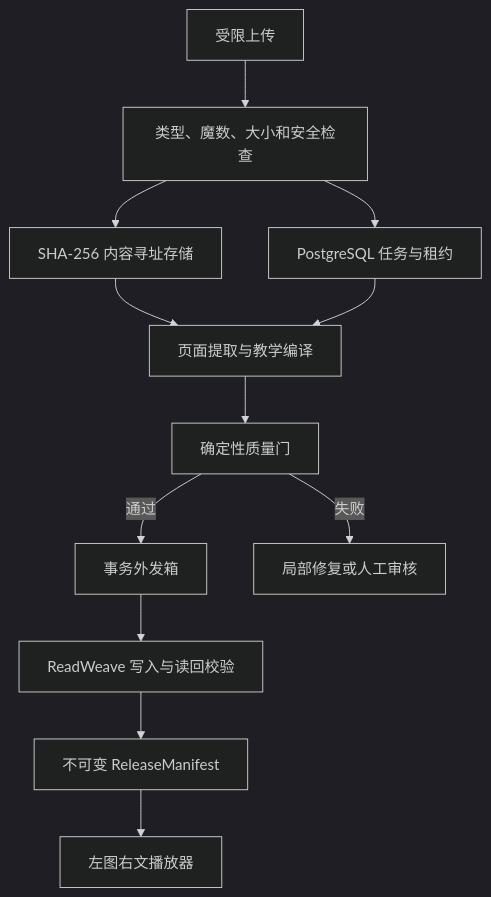
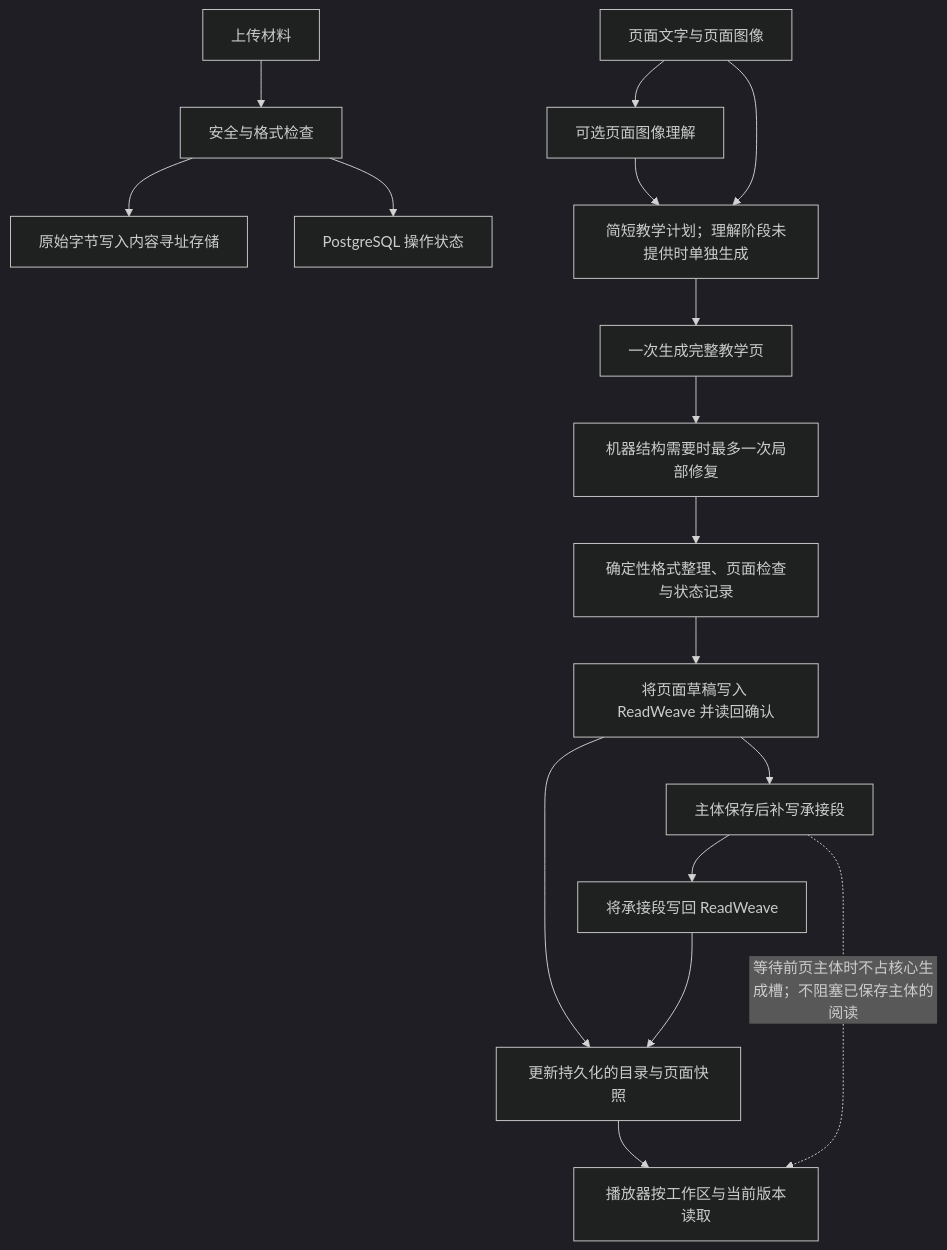
Before and after one commit to AIALRA-0/AIALRA-COURSE-OS: the diagram in docs/architecture.md, drawn with Mermaid (dark theme). The commit also changed other lines of this file and 25 other files, not shown here.

````diff
--- a/docs/architecture.md
+++ b/docs/architecture.md
@@ -11,14 +13,21 @@
 ```mermaid
 flowchart TD
-    Upload[受限上传] --> Inspect[类型、魔数、大小和安全检查]
-    Inspect --> CAS[SHA-256 内容寻址存储]
-    Inspect --> Job[PostgreSQL 任务与租约]
-    CAS --> Compile[页面提取与教学编译]
-    Job --> Compile
-    Compile --> Quality[确定性质量门]
-    Quality -->|通过| Outbox[事务外发箱]
-    Quality -->|失败| Review[局部修复或人工审核]
-    Outbox --> ReadWeave[ReadWeave 写入与读回校验]
-    ReadWeave --> Manifest[不可变 ReleaseManifest]
-    Manifest --> Player[左图右文播放器]
+    Upload[上传材料] --> Inspect[安全与格式检查]
+    Inspect --> Bytes[原始字节写入内容寻址存储]
+    Inspect --> Ops[PostgreSQL 操作状态]
+
+    Source[页面文字与页面图像] --> Understand[可选页面图像理解]
+    Understand --> Plan[简短教学计划；理解阶段未提供时单独生成]
+    Source --> Plan
+    Plan --> Main[一次生成完整教学页]
+    Main --> Repair[机器结构需要时最多一次局部修复]
+    Repair --> Format[确定性格式整理、页面检查与状态记录]
+    Format --> Save[将页面草稿写入 ReadWeave 并读回确认]
+    Save --> Replica[更新持久化的目录与页面快照]
+    Replica --> Player[播放器按工作区与当前版本读取]
+
+    Save --> Bridge[主体保存后补写承接段]
+    Bridge --> BridgeSave[将承接段写回 ReadWeave]
+    BridgeSave --> Replica
+    Bridge -. 等待前页主体时不占核心生成槽；不阻塞已保存主体的阅读 .-> Player
 ```
````
